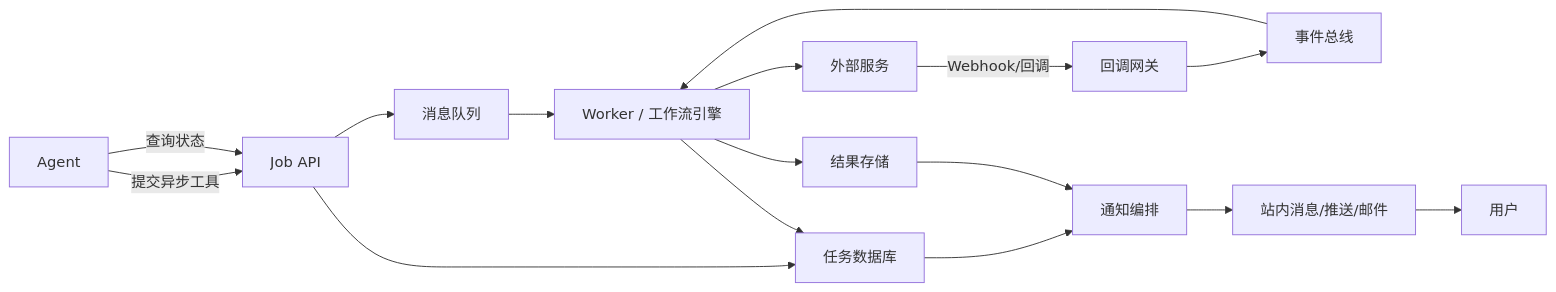
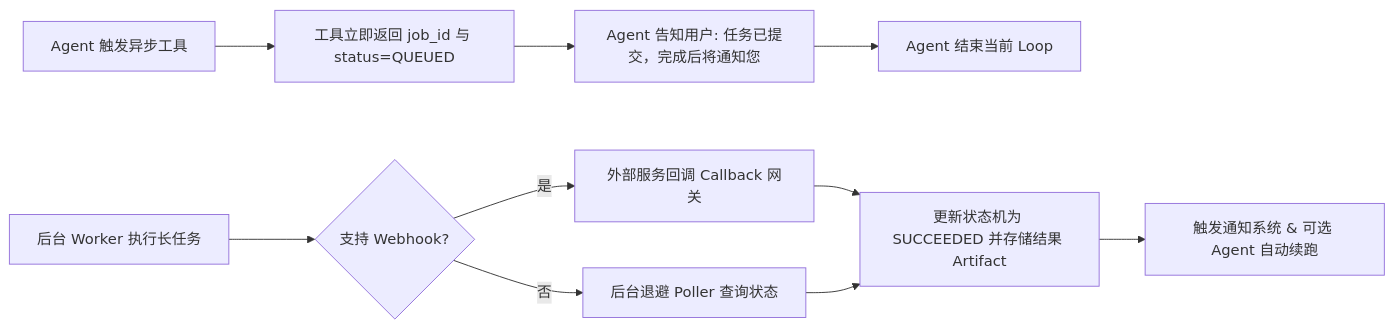
Before and after one commit to SakuraCianna/MyAgent: the fourth of 4 diagrams in 架构设计题回答.md, drawn with Mermaid. The commit also changed other lines of this file and 4 other files, not shown here.

Commit message:
feat: 实现 ChatGPT 风格输入框图片缩略图预览条，将代码字体限定为 Consolas, 精简架构设计题回答文档

````diff
--- a/架构设计题回答.md
+++ b/架构设计题回答.md
@@ -844,18 +181,12 @@
 ```mermaid
 flowchart LR
-    A[Agent] -->|提交异步工具| B[Job API]
-    B --> C[任务数据库]
-    B --> D[消息队列]
-    D --> E[Worker / 工作流引擎]
-    E --> F[外部服务]
-    F -->|Webhook/回调| G[回调网关]
-    G --> H[事件总线]
-    H --> E
-    E --> I[结果存储]
-    E --> C
-    C --> J[通知编排]
-    I --> J
-    J --> K[站内消息/推送/邮件]
-    K --> L[用户]
-    A -->|查询状态| B
+    A[Agent 触发异步工具] --> B[工具立即返回 job_id 与 status=QUEUED]
+    B --> C[Agent 告知用户: 任务已提交，完成后将通知您]
+    C --> D[Agent 结束当前 Loop]
+    E[后台 Worker 执行长任务] --> F{支持 Webhook?}
+    F -->|是| G[外部服务回调 Callback 网关]
+    F -->|否| H[后台退避 Poller 查询状态]
+    G --> I[更新状态机为 SUCCEEDED 并存储结果 Artifact]
+    H --> I
+    I --> J[触发通知系统 & 可选 Agent 自动续跑]
 ```
````
